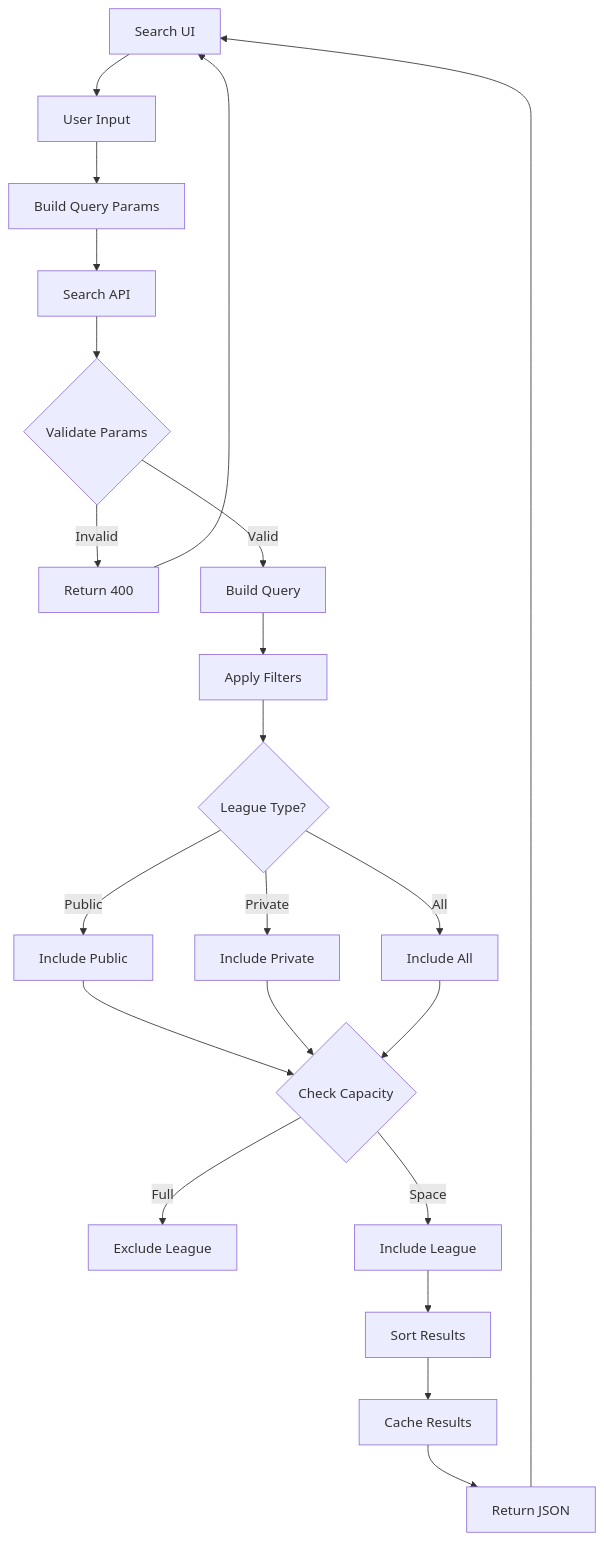
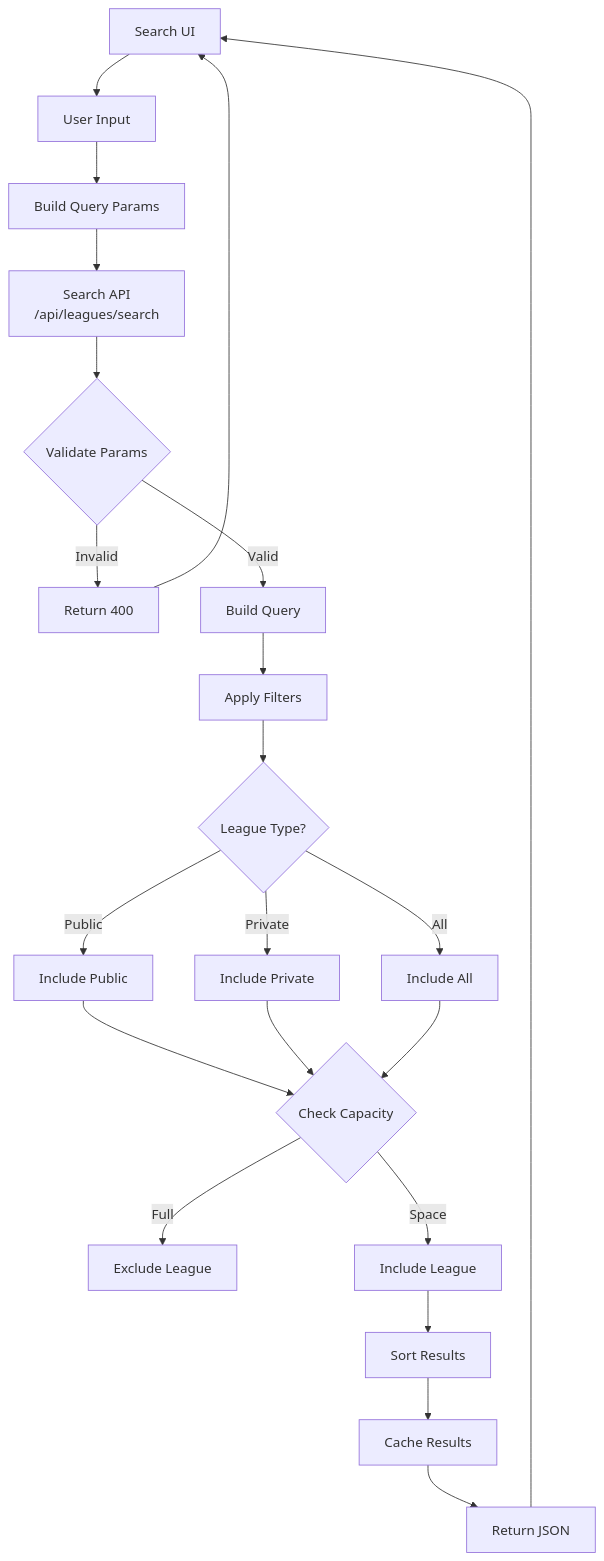
One commit to kpm34/college-football-fantasy-app changed the diagram in docs/diagrams/search-filter-flow.md. Above: the diagram before and after it, drawn with Mermaid. The commit also changed 1 other file, not shown here.

Commit message:
fix(diagrams): resolve Mermaid lexical errors with clean node IDs
- Replace problematic node IDs containing forward slashes with clean IDs
- Use DAPI, AAPI, SAPI as node identifiers instead of API paths
- Preserve original API endpoint info in visual labels using HTML breaks
- Fixes "Lexical error on line 7" in draft-realtime and search-filter diagrams
- Diagrams now render correctly without syntax errors

🤖 Generated with [Claude Code](https://claude.ai/code)

````diff
--- a/docs/diagrams/search-filter-flow.md
+++ b/docs/diagrams/search-filter-flow.md
@@ -3,31 +3,31 @@
 ```mermaid
 flowchart TD
     UI[Search UI] --> INPUT[User Input]
     INPUT --> PARAMS[Build Query Params]
     
-    PARAMS --> API["Search API"]
-    API --> VALIDATE{Validate Params}
+    PARAMS --> SAPI[Search API<br/>/api/leagues/search]
+    SAPI --> VALIDATE{Validate Params}
     
     VALIDATE -->|Invalid| ERROR[Return 400]
     ERROR --> UI
     
     VALIDATE -->|Valid| BUILD[Build Query]
     BUILD --> FILTERS[Apply Filters]
     
     FILTERS --> TYPE{League Type?}
     TYPE -->|Public| PUBLIC[Include Public]
     TYPE -->|Private| PRIVATE[Include Private]
     TYPE -->|All| ALL[Include All]
     
     PUBLIC --> CAPACITY{Check Capacity}
     PRIVATE --> CAPACITY
     ALL --> CAPACITY
     
     CAPACITY -->|Full| EXCLUDE[Exclude League]
     CAPACITY -->|Space| INCLUDE[Include League]
     
     INCLUDE --> SORT[Sort Results]
     SORT --> CACHE[Cache Results]
     CACHE --> RETURN[Return JSON]
     RETURN --> UI
 ```
````
